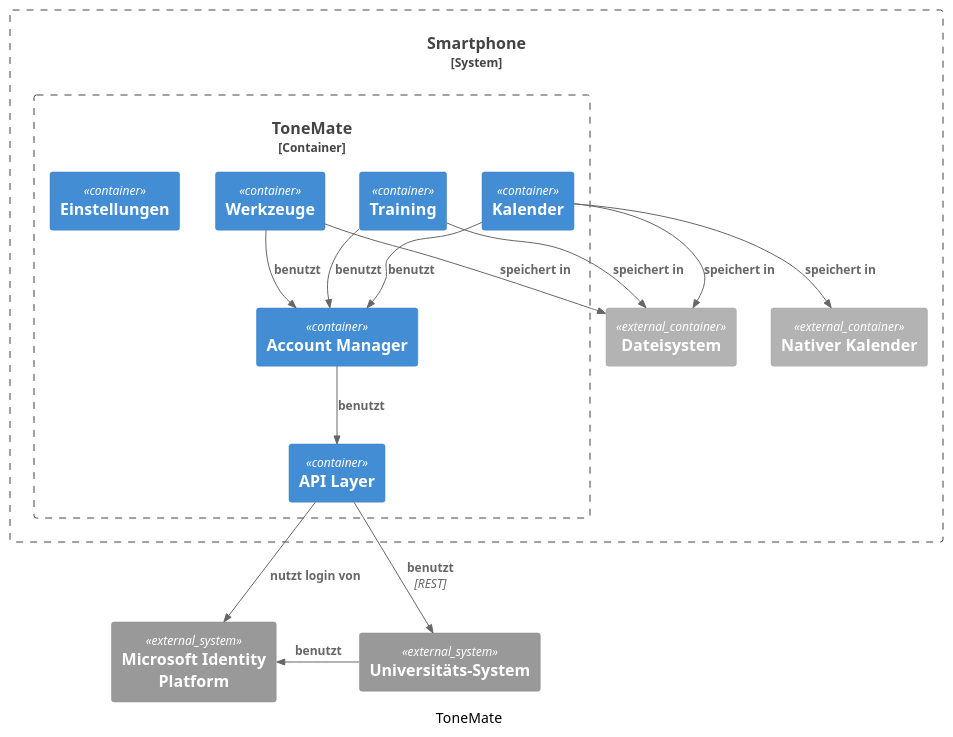
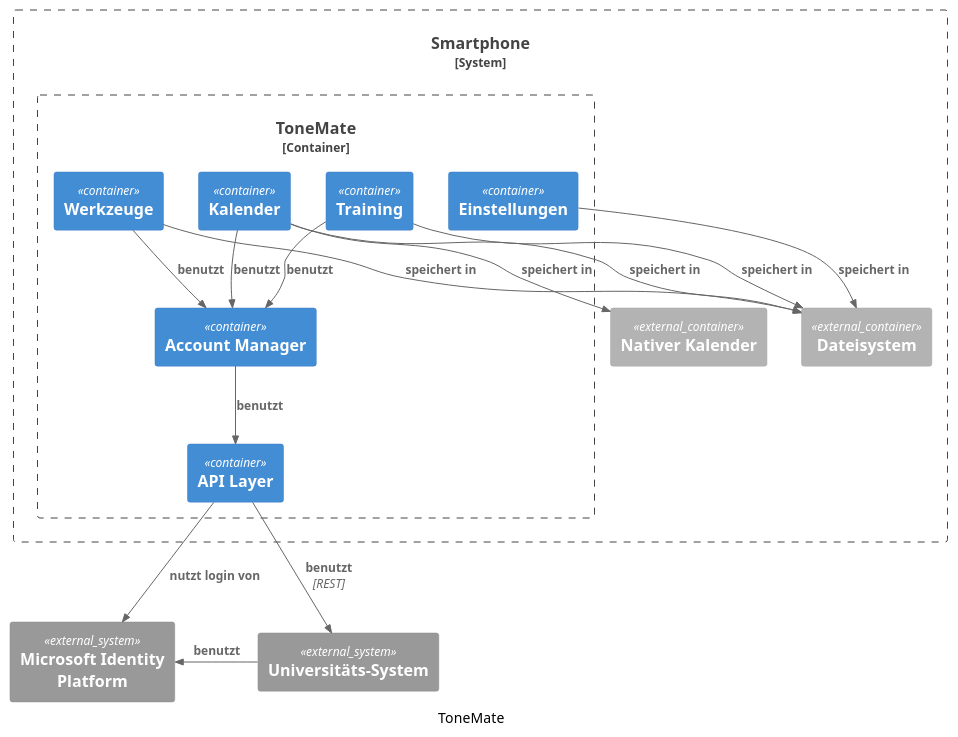
The second of 6 diagrams in src/05_building_block_view.adoc (BB223/sw-architecture), drawn with PlantUML before and after one commit.

Commit message:
fix: add rel for settings

```diff
--- a/src/05_building_block_view.adoc
+++ b/src/05_building_block_view.adoc
@@ -102,38 +102,39 @@
 [plantuml]
 ....
 @startuml
 !include <C4/C4_Container>
 
 caption ToneMate
 
 System_Boundary(phone, "Smartphone") {
     Container_Boundary(toneMate, "ToneMate") {
         Container(werkzeuge, "Werkzeuge")
         Container(kalender, "Kalender")
         Container(training, "Training")
         Container(einstellungen, "Einstellungen")
         Container(accountManager, "Account Manager")
         Container(api, "API Layer")
 
         Rel(training, accountManager, "benutzt")
         Rel(werkzeuge, accountManager, "benutzt")
         Rel(kalender, accountManager, "benutzt")
         Rel(accountManager, api, "benutzt")
     }
     Container_Ext(dateiSystem, "Dateisystem")
     Container_Ext(kalenderExt, "Nativer Kalender")
 
     Rel(kalender, kalenderExt, "speichert in")
     Rel(kalender, dateiSystem, "speichert in")
     Rel(werkzeuge, dateiSystem, "speichert in")
     Rel(training, dateiSystem, "speichert in")
+    Rel(einstellungen, dateiSystem, "speichert in")
 }
 System_Ext(oauth, "Microsoft Identity Platform")
 System_Ext(uni, "Universitäts-System")
 
 Rel(api, uni, "benutzt", "REST")
 Rel_L(uni, oauth, "benutzt")
 Rel(api, oauth, "nutzt login von")
 
 @enduml
 ....
```
